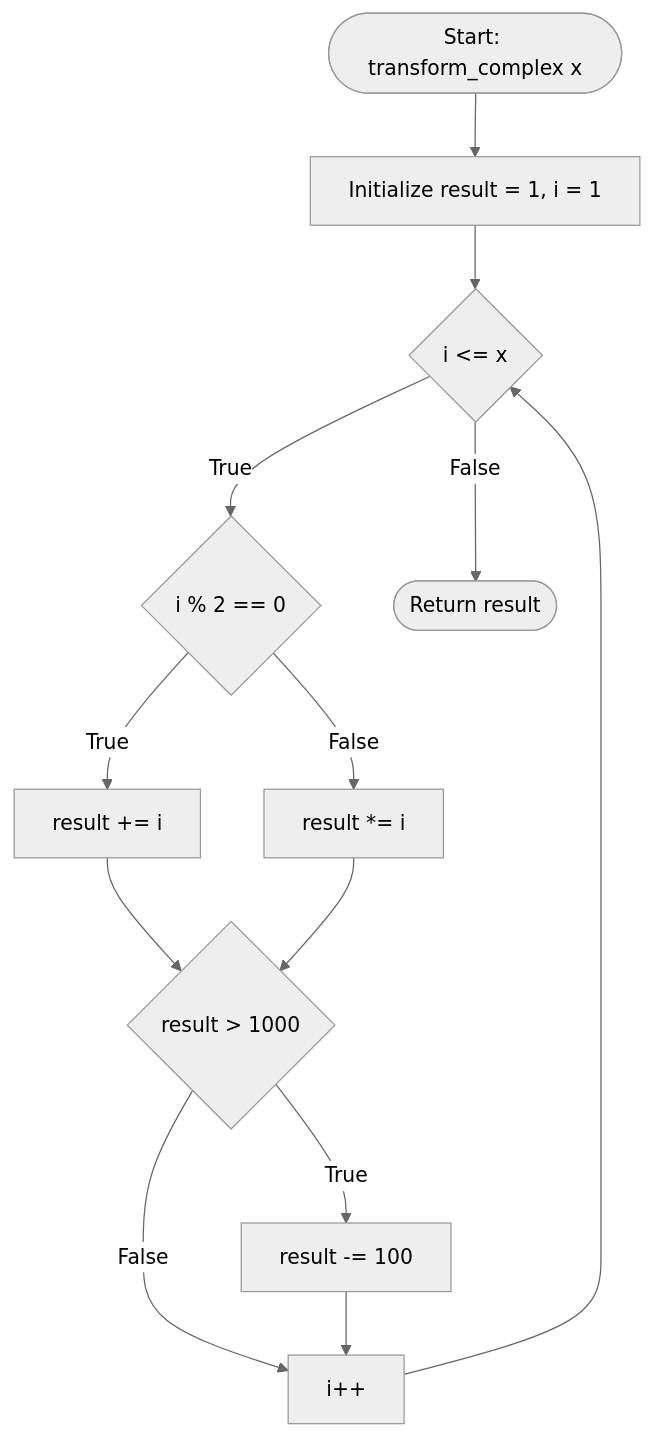
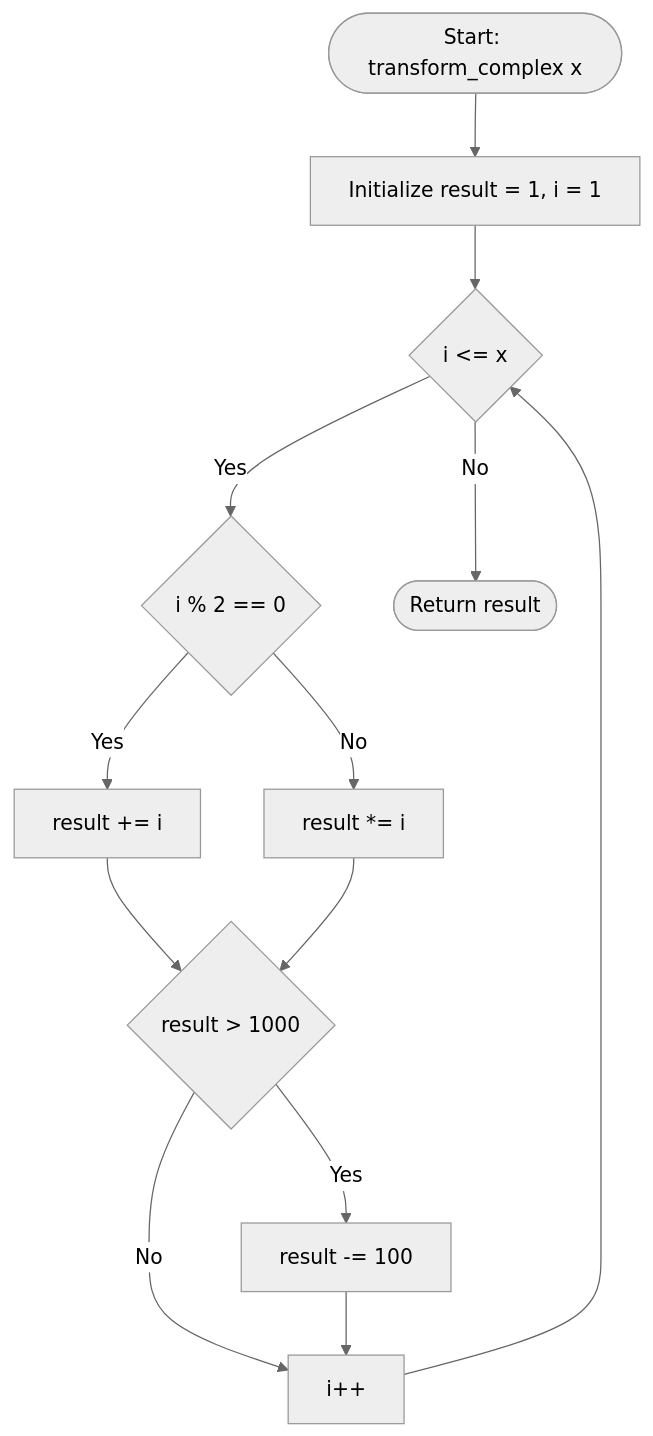
Before and after one commit to KonstantinM08/PP9: the diagram in solutions/algorithm_one.md, drawn with Mermaid (neutral theme).

````diff
--- a/solutions/algorithm_one.md
+++ b/solutions/algorithm_one.md
@@ -1,15 +1,15 @@
 ```mermaid
 graph TD
   A([Start: transform_complex x]) --> B[Initialize result = 1, i = 1]
   B --> C{i <= x}
-  C -- True --> D{i % 2 == 0}
-  C -- False --> I([Return result])
-  D -- True --> E[result += i]
-  D -- False --> F[result *= i]
+  C -- Yes --> D{i % 2 == 0}
+  C -- No --> I([Return result])
+  D -- Yes --> E[result += i]
+  D -- No --> F[result *= i]
   E --> G{result > 1000}
   F --> G
-  G -- True --> H[result -= 100]
-  G -- False --> J[i++]
+  G -- Yes --> H[result -= 100]
+  G -- No --> J[i++]
   H --> J
   J --> C
 ```
````
